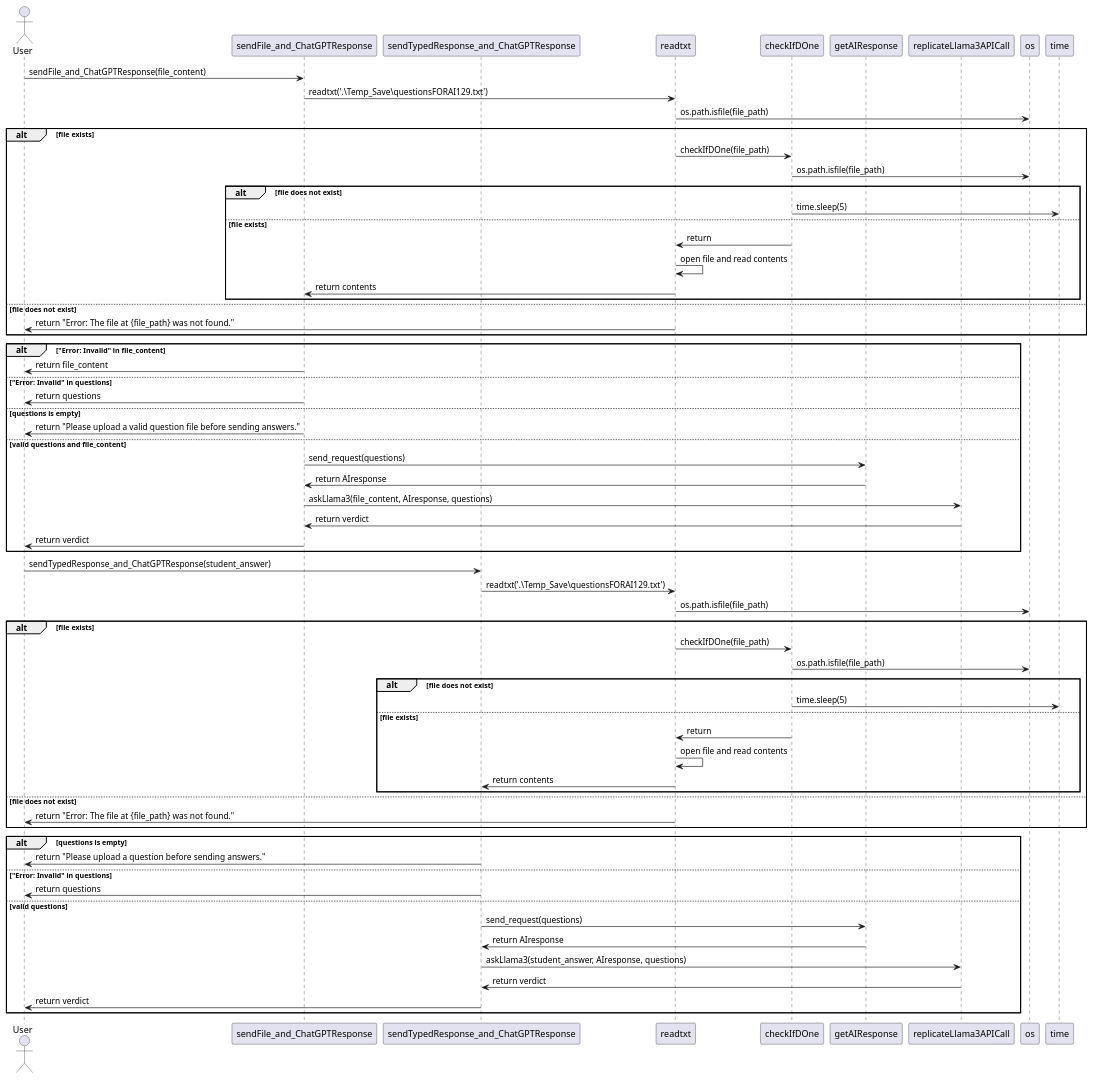
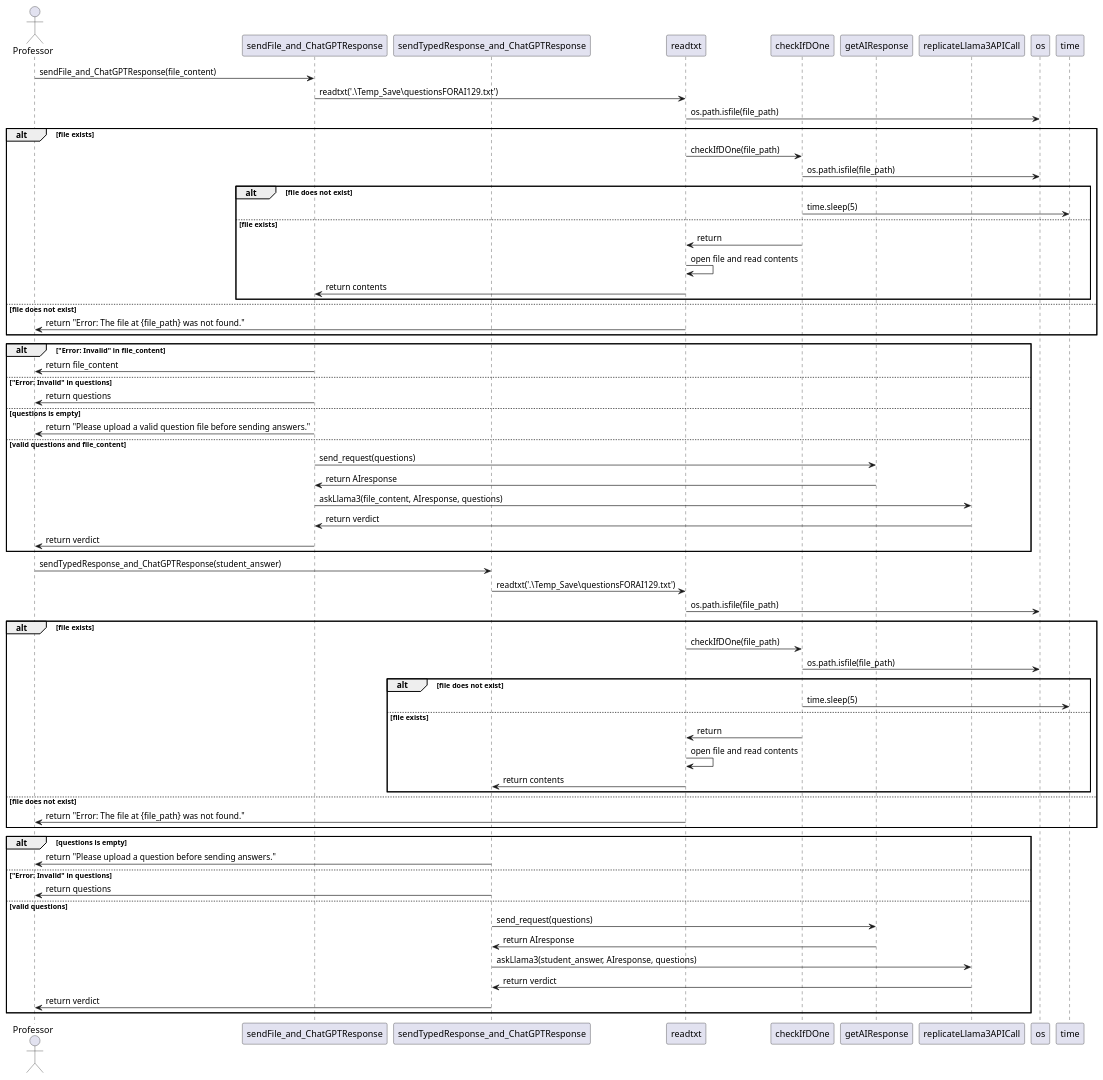
The diagram in Diagrams/Sequence Diagrams/BackEnd/sendToModelUMLSequence.wsd (NoahS20/Grad-Project), drawn with PlantUML before and after one commit. The commit also changed 22 other files, not shown here.

Commit message:
Removed irrelevant files. Removed outdated diagrams.

```diff
--- a/Diagrams/Sequence Diagrams/BackEnd/sendToModelUMLSequence.wsd
+++ b/Diagrams/Sequence Diagrams/BackEnd/sendToModelUMLSequence.wsd
@@ -1,73 +1,73 @@
 @startuml
-actor User
+actor Professor
 
 participant sendFile_and_ChatGPTResponse
 participant sendTypedResponse_and_ChatGPTResponse
 participant readtxt
 participant checkIfDOne
 participant getAIResponse
 participant replicateLlama3APICall
 participant os
 participant time
 
-User -> sendFile_and_ChatGPTResponse: sendFile_and_ChatGPTResponse(file_content)
+Professor -> sendFile_and_ChatGPTResponse: sendFile_and_ChatGPTResponse(file_content)
 sendFile_and_ChatGPTResponse -> readtxt: readtxt('.\\Temp_Save\\questionsFORAI129.txt')
 readtxt -> os: os.path.isfile(file_path)
 alt file exists
     readtxt -> checkIfDOne: checkIfDOne(file_path)
     checkIfDOne -> os: os.path.isfile(file_path)
     alt file does not exist
         checkIfDOne -> time: time.sleep(5)
     else file exists
         checkIfDOne -> readtxt: return
         readtxt -> readtxt: open file and read contents
         readtxt -> sendFile_and_ChatGPTResponse: return contents
     end
 else file does not exist
-    readtxt -> User: return "Error: The file at {file_path} was not found."
+    readtxt -> Professor: return "Error: The file at {file_path} was not found."
 end
 
 alt "Error: Invalid" in file_content
-    sendFile_and_ChatGPTResponse -> User: return file_content
+    sendFile_and_ChatGPTResponse -> Professor: return file_content
 else "Error: Invalid" in questions
-    sendFile_and_ChatGPTResponse -> User: return questions
+    sendFile_and_ChatGPTResponse -> Professor: return questions
 else questions is empty
-    sendFile_and_ChatGPTResponse -> User: return "Please upload a valid question file before sending answers."
+    sendFile_and_ChatGPTResponse -> Professor: return "Please upload a valid question file before sending answers."
 else valid questions and file_content
     sendFile_and_ChatGPTResponse -> getAIResponse: send_request(questions)
     getAIResponse -> sendFile_and_ChatGPTResponse: return AIresponse
     sendFile_and_ChatGPTResponse -> replicateLlama3APICall: askLlama3(file_content, AIresponse, questions)
     replicateLlama3APICall -> sendFile_and_ChatGPTResponse: return verdict
-    sendFile_and_ChatGPTResponse -> User: return verdict
+    sendFile_and_ChatGPTResponse -> Professor: return verdict
 end
 
-User -> sendTypedResponse_and_ChatGPTResponse: sendTypedResponse_and_ChatGPTResponse(student_answer)
+Professor -> sendTypedResponse_and_ChatGPTResponse: sendTypedResponse_and_ChatGPTResponse(student_answer)
 sendTypedResponse_and_ChatGPTResponse -> readtxt: readtxt('.\\Temp_Save\\questionsFORAI129.txt')
 readtxt -> os: os.path.isfile(file_path)
 alt file exists
     readtxt -> checkIfDOne: checkIfDOne(file_path)
     checkIfDOne -> os: os.path.isfile(file_path)
     alt file does not exist
         checkIfDOne -> time: time.sleep(5)
     else file exists
         checkIfDOne -> readtxt: return
         readtxt -> readtxt: open file and read contents
         readtxt -> sendTypedResponse_and_ChatGPTResponse: return contents
     end
 else file does not exist
-    readtxt -> User: return "Error: The file at {file_path} was not found."
+    readtxt -> Professor: return "Error: The file at {file_path} was not found."
 end
 
 alt questions is empty
-    sendTypedResponse_and_ChatGPTResponse -> User: return "Please upload a question before sending answers."
+    sendTypedResponse_and_ChatGPTResponse -> Professor: return "Please upload a question before sending answers."
 else "Error: Invalid" in questions
-    sendTypedResponse_and_ChatGPTResponse -> User: return questions
+    sendTypedResponse_and_ChatGPTResponse -> Professor: return questions
 else valid questions
     sendTypedResponse_and_ChatGPTResponse -> getAIResponse: send_request(questions)
     getAIResponse -> sendTypedResponse_and_ChatGPTResponse: return AIresponse
     sendTypedResponse_and_ChatGPTResponse -> replicateLlama3APICall: askLlama3(student_answer, AIresponse, questions)
     replicateLlama3APICall -> sendTypedResponse_and_ChatGPTResponse: return verdict
-    sendTypedResponse_and_ChatGPTResponse -> User: return verdict
+    sendTypedResponse_and_ChatGPTResponse -> Professor: return verdict
 end
 
 @enduml
```
